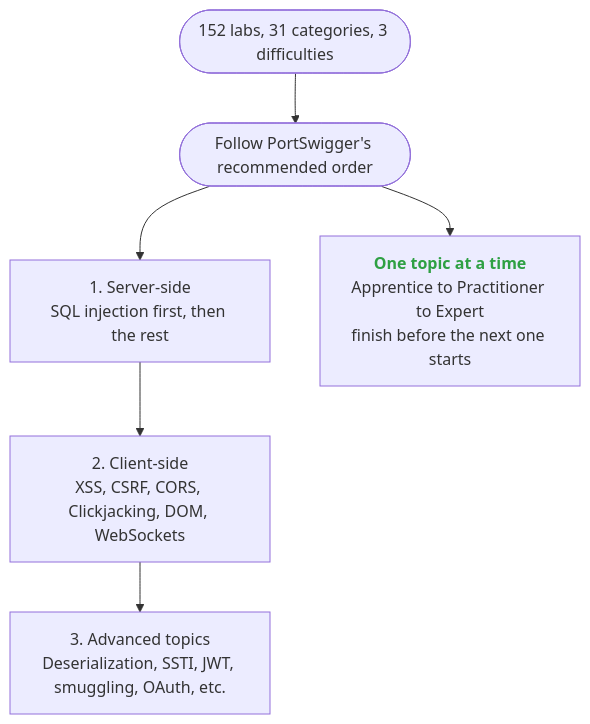
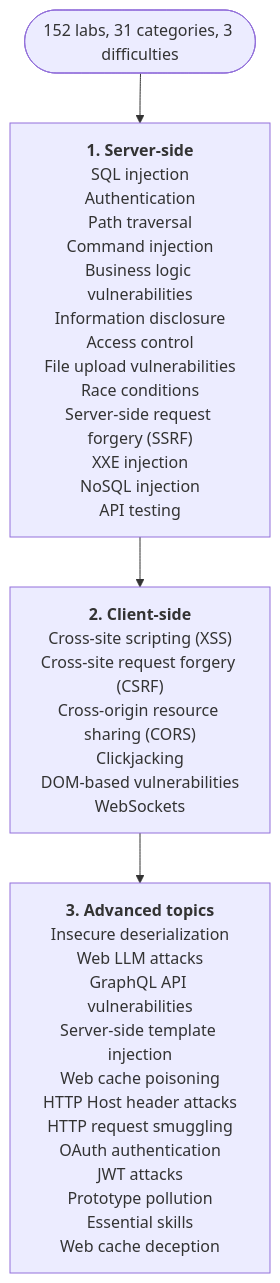
Before and after one commit to marie-schmidt/security-research: the diagram in src/content/posts/2026-04-20-picking-a-path-through-portswigger-labs.md, drawn with Mermaid.

Commit message:
fix: Update flowchart in Episode #2 to include detailed steps for each topic area in PortSwigger Labs

````diff
--- a/src/content/posts/2026-04-20-picking-a-path-through-portswigger-labs.md
+++ b/src/content/posts/2026-04-20-picking-a-path-through-portswigger-labs.md
@@ -35,8 +35,6 @@
 ```mermaid
 flowchart TD
-   Start([152 labs, 31 categories, 3 difficulties]) --> Order([Follow PortSwigger's recommended order])
-   Order --> SS[1. Server-side<br/>SQL injection first, then the rest]
-   SS --> CS[2. Client-side<br/>XSS, CSRF, CORS, Clickjacking, DOM, WebSockets]
-   CS --> Adv[3. Advanced topics<br/>Deserialization, SSTI, JWT, smuggling, OAuth, etc.]
-   Order --> Rule["<b style='color:#2ea043'>One topic at a time</b><br/>Apprentice to Practitioner to Expert<br/>finish before the next one starts"]
+   Start([152 labs, 31 categories, 3 difficulties]) --> SS["<b>1. Server-side</b><br/>SQL injection<br/>Authentication<br/>Path traversal<br/>Command injection<br/>Business logic vulnerabilities<br/>Information disclosure<br/>Access control<br/>File upload vulnerabilities<br/>Race conditions<br/>Server-side request forgery (SSRF)<br/>XXE injection<br/>NoSQL injection<br/>API testing"]
+   SS --> CS["<b>2. Client-side</b><br/>Cross-site scripting (XSS)<br/>Cross-site request forgery (CSRF)<br/>Cross-origin resource sharing (CORS)<br/>Clickjacking<br/>DOM-based vulnerabilities<br/>WebSockets"]
+   CS --> Adv["<b>3. Advanced topics</b><br/>Insecure deserialization<br/>Web LLM attacks<br/>GraphQL API vulnerabilities<br/>Server-side template injection<br/>Web cache poisoning<br/>HTTP Host header attacks<br/>HTTP request smuggling<br/>OAuth authentication<br/>JWT attacks<br/>Prototype pollution<br/>Essential skills<br/>Web cache deception"]
 ```
````
